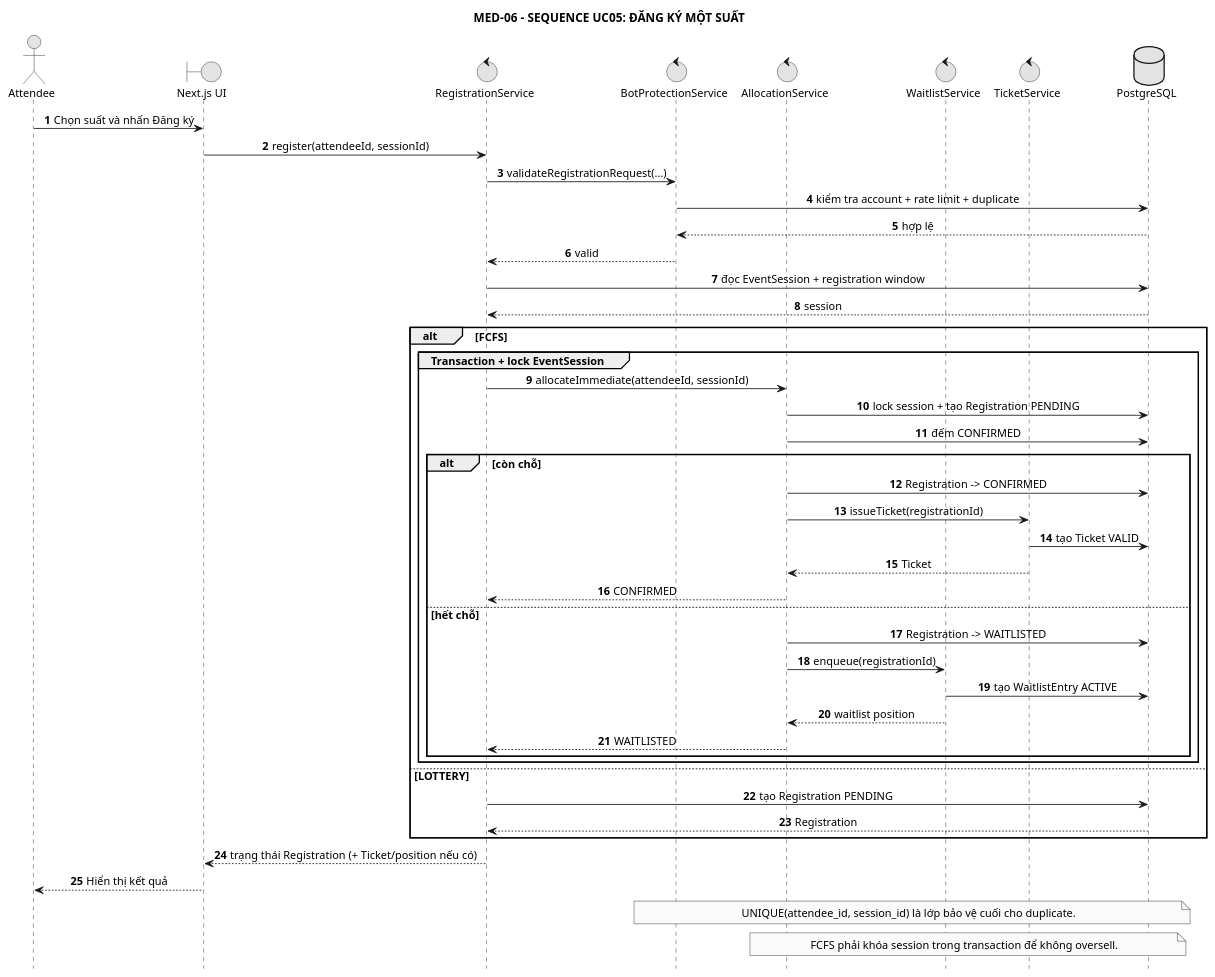
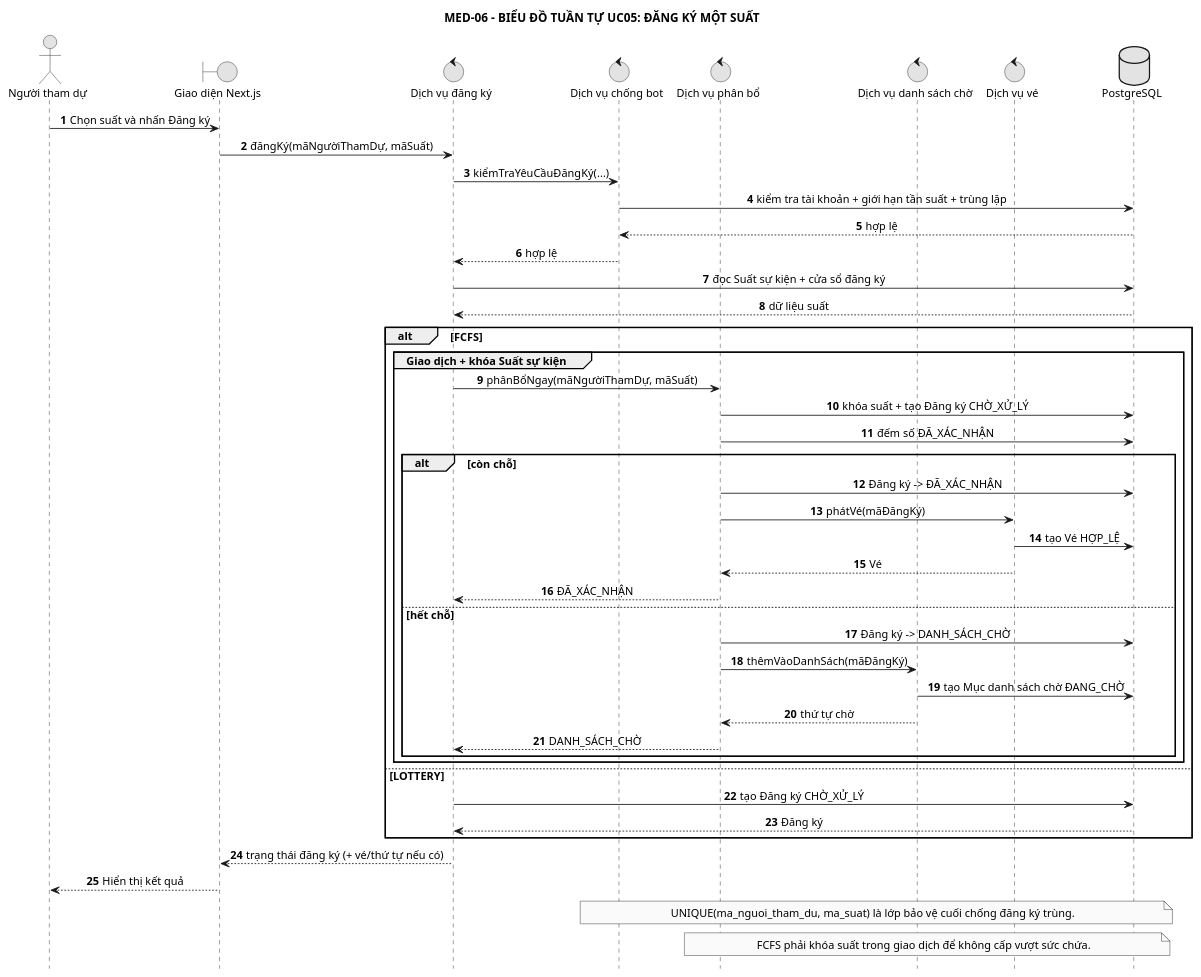
The diagram in PTTK/05_Sequence/01-uc05-register-session.puml (anh632k-ui/OOP-DoAn), drawn with PlantUML before and after one commit.

Commit message:
docs(tv): Việt hóa sơ đồ PTTK động

```diff
--- a/PTTK/05_Sequence/01-uc05-register-session.puml
+++ b/PTTK/05_Sequence/01-uc05-register-session.puml
@@ -1,68 +1,65 @@
 @startuml
 skinparam monochrome true
 skinparam shadowing false
 skinparam defaultFontSize 13
 skinparam sequenceMessageAlign center
 skinparam responseMessageBelowArrow true
 hide footbox
 
-title MED-06 - SEQUENCE UC05: ĐĂNG KÝ MỘT SUẤT
+title MED-06 - BIỂU ĐỒ TUẦN TỰ UC05: ĐĂNG KÝ MỘT SUẤT
 
-actor Attendee
-boundary "Next.js UI" as UI
-control "RegistrationService" as RS
-control "BotProtectionService" as BP
-control "AllocationService" as AS
-control "WaitlistService" as WS
-control "TicketService" as TS
-database "PostgreSQL" as DB
+actor "Người tham dự" as NTD
+boundary "Giao diện Next.js" as UI
+control "Dịch vụ đăng ký" as DK
+control "Dịch vụ chống bot" as CB
+control "Dịch vụ phân bổ" as PB
+control "Dịch vụ danh sách chờ" as DSC
+control "Dịch vụ vé" as VE
+database "PostgreSQL" as CSDL
 
 autonumber
-Attendee -> UI : Chọn suất và nhấn Đăng ký
-UI -> RS : register(attendeeId, sessionId)
-RS -> BP : validateRegistrationRequest(...)
-BP -> DB : kiểm tra account + rate limit + duplicate
-DB --> BP : hợp lệ
-BP --> RS : valid
+NTD -> UI : Chọn suất và nhấn Đăng ký
+UI -> DK : đăngKý(mãNgườiThamDự, mãSuất)
+DK -> CB : kiểmTraYêuCầuĐăngKý(...)
+CB -> CSDL : kiểm tra tài khoản + giới hạn tần suất + trùng lặp
+CSDL --> CB : hợp lệ
+CB --> DK : hợp lệ
 
-RS -> DB : đọc EventSession + registration window
-DB --> RS : session
+DK -> CSDL : đọc Suất sự kiện + cửa sổ đăng ký
+CSDL --> DK : dữ liệu suất
 
 alt FCFS
-  group Transaction + lock EventSession
-    RS -> AS : allocateImmediate(attendeeId, sessionId)
-    AS -> DB : lock session + tạo Registration PENDING
-    AS -> DB : đếm CONFIRMED
-
+  group Giao dịch + khóa Suất sự kiện
+    DK -> PB : phânBổNgay(mãNgườiThamDự, mãSuất)
+    PB -> CSDL : khóa suất + tạo Đăng ký CHỜ_XỬ_LÝ
+    PB -> CSDL : đếm số ĐÃ_XÁC_NHẬN
     alt còn chỗ
-      AS -> DB : Registration -> CONFIRMED
-      AS -> TS : issueTicket(registrationId)
-      TS -> DB : tạo Ticket VALID
-      TS --> AS : Ticket
-      AS --> RS : CONFIRMED
+      PB -> CSDL : Đăng ký -> ĐÃ_XÁC_NHẬN
+      PB -> VE : phátVé(mãĐăngKý)
+      VE -> CSDL : tạo Vé HỢP_LỆ
+      VE --> PB : Vé
+      PB --> DK : ĐÃ_XÁC_NHẬN
     else hết chỗ
-      AS -> DB : Registration -> WAITLISTED
-      AS -> WS : enqueue(registrationId)
-      WS -> DB : tạo WaitlistEntry ACTIVE
-      WS --> AS : waitlist position
-      AS --> RS : WAITLISTED
+      PB -> CSDL : Đăng ký -> DANH_SÁCH_CHỜ
+      PB -> DSC : thêmVàoDanhSách(mãĐăngKý)
+      DSC -> CSDL : tạo Mục danh sách chờ ĐANG_CHỜ
+      DSC --> PB : thứ tự chờ
+      PB --> DK : DANH_SÁCH_CHỜ
     end
   end
-
 else LOTTERY
-  RS -> DB : tạo Registration PENDING
-  DB --> RS : Registration
+  DK -> CSDL : tạo Đăng ký CHỜ_XỬ_LÝ
+  CSDL --> DK : Đăng ký
 end
 
-RS --> UI : trạng thái Registration (+ Ticket/position nếu có)
-UI --> Attendee : Hiển thị kết quả
+DK --> UI : trạng thái đăng ký (+ vé/thứ tự nếu có)
+UI --> NTD : Hiển thị kết quả
 
-note over BP,DB
-UNIQUE(attendee_id, session_id) là lớp bảo vệ cuối cho duplicate.
+note over CB,CSDL
+UNIQUE(ma_nguoi_tham_du, ma_suat) là lớp bảo vệ cuối chống đăng ký trùng.
 end note
 
-note over AS,DB
-FCFS phải khóa session trong transaction để không oversell.
+note over PB,CSDL
+FCFS phải khóa suất trong giao dịch để không cấp vượt sức chứa.
 end note
-
 @enduml
```
